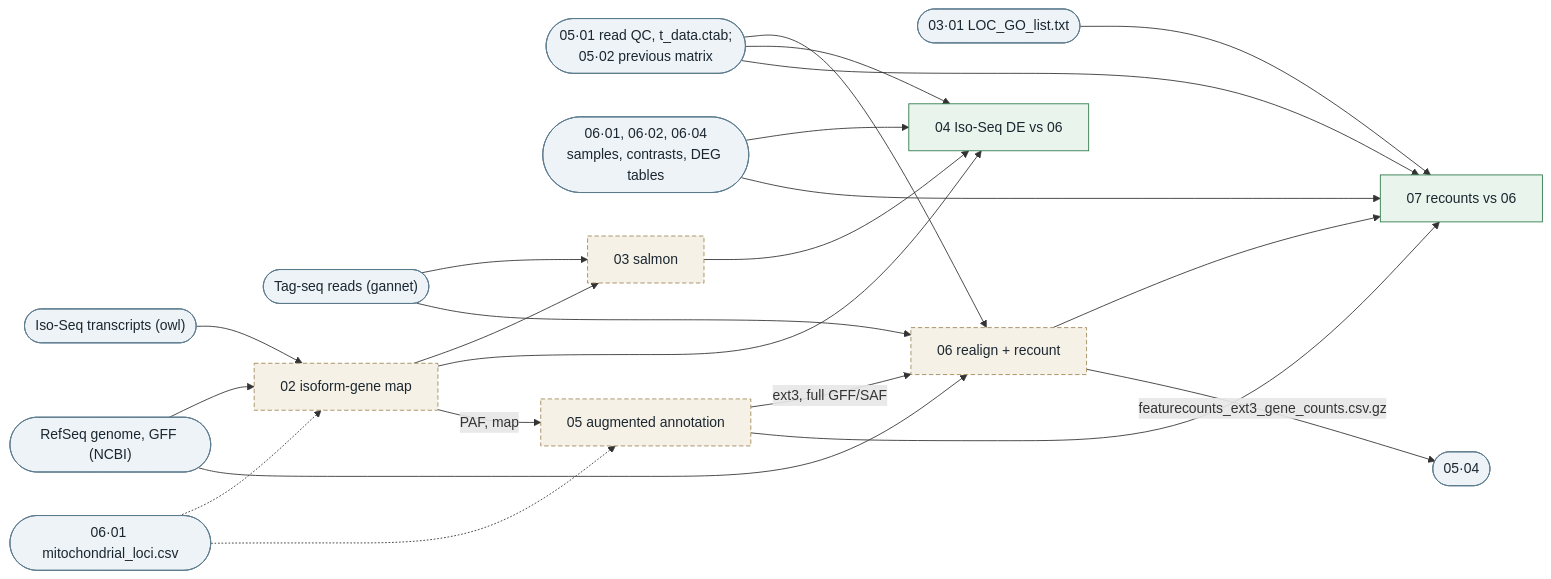
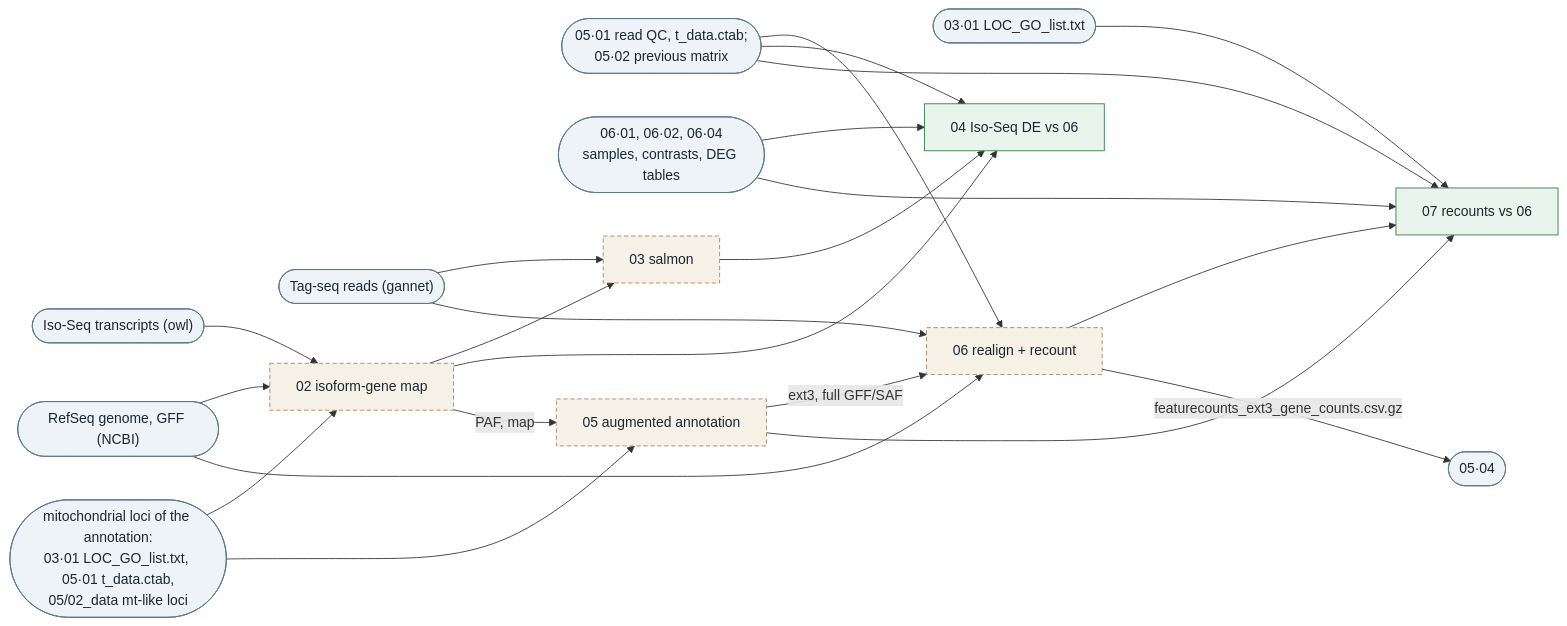
Before and after one commit to mattgeorgephd/PSMFC-mytilus-byssus-pilot: the fourth of 9 diagrams in README.md, drawn with Mermaid. The commit also changed other lines of this file and 9 other files, not shown here.

First line of the commit message:
Iso-Seq steps 02 and 05: find the annotation's mitochondrial loci themselves

````diff
--- a/README.md
+++ b/README.md
@@ -243,40 +240,40 @@
 ```mermaid
 flowchart LR
   iso(["Iso-Seq transcripts (owl)"])
   ncbi(["RefSeq genome, GFF (NCBI)"])
   reads(["Tag-seq reads (gannet)"])
   f05(["05·01 read QC, t_data.ctab;<br>05·02 previous matrix"])
-  mt(["06·01 mitochondrial_loci.csv"])
+  mt(["mitochondrial loci of the annotation:<br>03·01 LOC_GO_list.txt, 05·01 t_data.ctab,<br>05/02_data mt-like loci"])
   d06(["06·01, 06·02, 06·04<br>samples, contrasts, DEG tables"])
   b1(["03·01 LOC_GO_list.txt"])
   i2["02 isoform-gene map"]
   i3["03 salmon"]
   i4["04 Iso-Seq DE vs 06"]
   i5["05 augmented annotation"]
   i6["06 realign + recount"]
   i7["07 recounts vs 06"]
   iso --> i2
   ncbi --> i2
-  mt -.-> i2
-  mt -.-> i5
+  mt --> i2
+  mt --> i5
   i2 --> i3 --> i4
   i2 --> i4
   i2 -- "PAF, map" --> i5 -- "ext3, full GFF/SAF" --> i6 --> i7
   i5 --> i7
   reads --> i3
   reads --> i6
   ncbi --> i6
   f05 --> i6
   f05 --> i4
   f05 --> i7
   d06 --> i4
   d06 --> i7
   b1 --> i7
   i6 -- "featurecounts_ext3_gene_counts.csv.gz" --> a4(["05·04"])
   classDef ext fill:#eef3f7,stroke:#5b7a8c,color:#1b2730
   classDef off fill:#f6f1e6,stroke:#a08a5a,stroke-dasharray:5 3,color:#1b2730
   classDef run fill:#e8f4ec,stroke:#2f7a4a,color:#1b2730
   class iso,ncbi,reads,f05,mt,d06,b1,a4 ext
   class i2,i3,i5,i6 off
   class i4,i7 run
 ```
````
